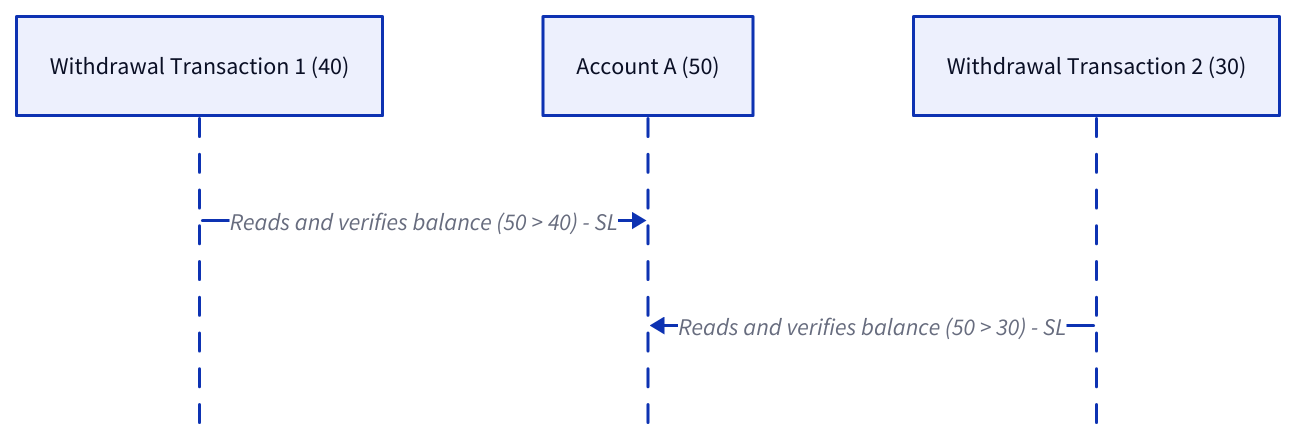
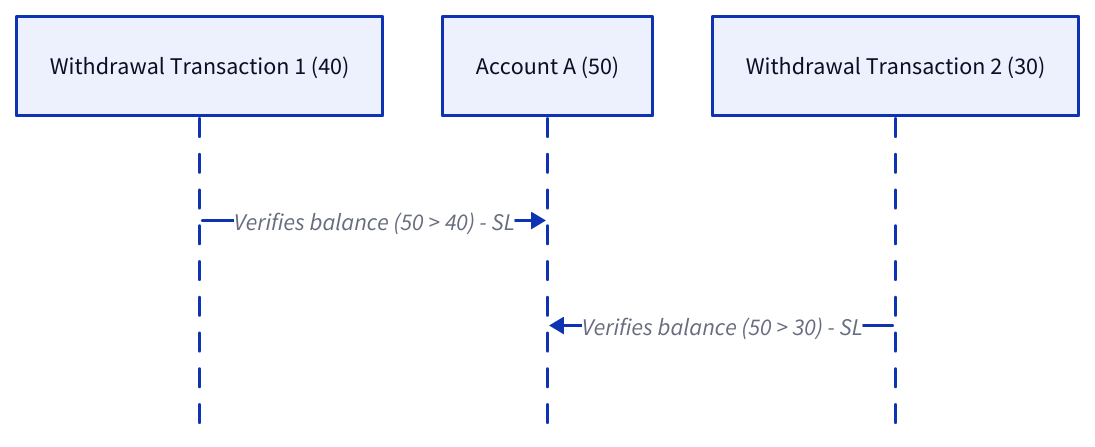
Diagram 17 of 29 in content/docs/data-persistence/sql-database/concurrency-control.md (link1905/system-design-101), drawn with D2 before and after one commit. The commit also changed other lines of this file and 40 other files, not shown here.

````diff
--- a/content/docs/data-persistence/sql-database/concurrency-control.md
+++ b/content/docs/data-persistence/sql-database/concurrency-control.md
@@ -520,9 +537,9 @@
 ```d2
 
 shape: sequence_diagram
 t1: Withdrawal Transaction 1 (40)
 a: Account A (50)
 t2: Withdrawal Transaction 2 (30)
-t1 -> a: Reads and verifies balance (50 > 40) - SL
-t2 -> a: Reads and verifies balance (50 > 30) - SL
+t1 -> a: Verifies balance (50 > 40) - SL
+t2 -> a: Verifies balance (50 > 30) - SL
 ```
````
